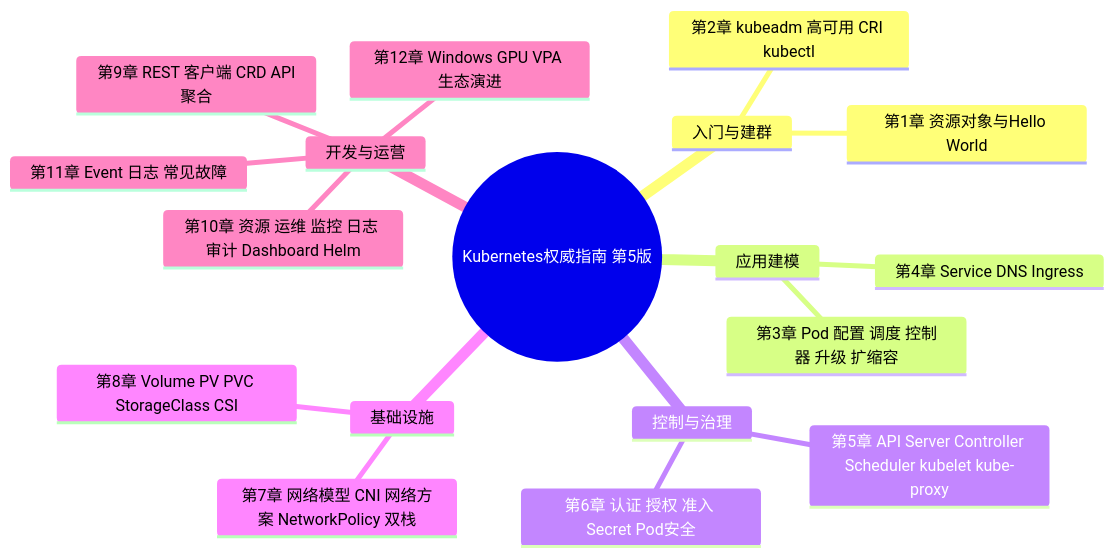
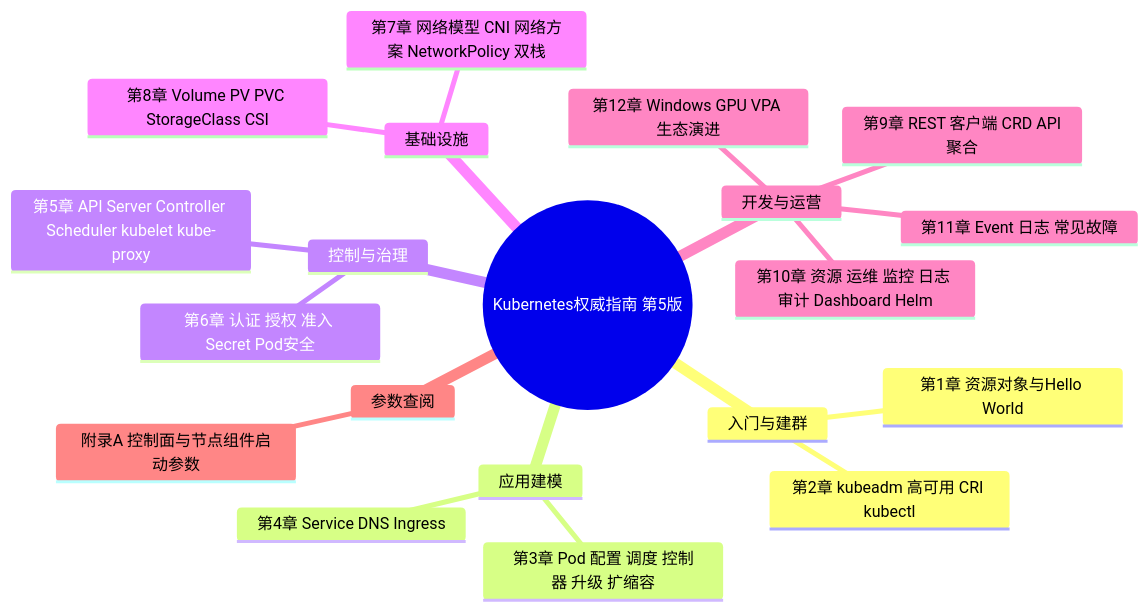
Before and after one commit to Cunyanger/Cunyanger.github.io: the first of 6 diagrams in src/books/software/Kubernetes权威指南（第5版）.md, drawn with Mermaid. The commit also changed other lines of this file and 5 other files, not shown here.

````diff
--- a/src/books/software/Kubernetes权威指南（第5版）.md
+++ b/src/books/software/Kubernetes权威指南（第5版）.md
@@ -58,21 +60,23 @@
 ```mermaid
 mindmap
   root((Kubernetes权威指南 第5版))
     入门与建群
       第1章 资源对象与Hello World
       第2章 kubeadm 高可用 CRI kubectl
     应用建模
       第3章 Pod 配置 调度 控制器 升级 扩缩容
       第4章 Service DNS Ingress
     控制与治理
       第5章 API Server Controller Scheduler kubelet kube-proxy
       第6章 认证 授权 准入 Secret Pod安全
     基础设施
       第7章 网络模型 CNI 网络方案 NetworkPolicy 双栈
       第8章 Volume PV PVC StorageClass CSI
     开发与运营
       第9章 REST 客户端 CRD API聚合
       第10章 资源 运维 监控 日志 审计 Dashboard Helm
       第11章 Event 日志 常见故障
       第12章 Windows GPU VPA 生态演进
+    参数查阅
+      附录A 控制面与节点组件启动参数
 ```
````
